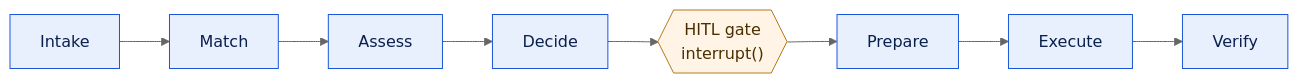
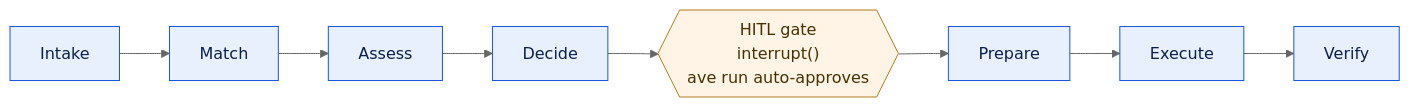
The diagram in docs/architecture.md (luis-barragan-cybersecurity/agentic-vulnops), drawn with Mermaid (neutral theme) before and after one commit. The commit also changed other lines of this file and 1 other file, not shown here.

First line of the commit message:
docs(architecture): match diagrams to this checkout

````diff
--- a/docs/architecture.md
+++ b/docs/architecture.md
@@ -8,6 +9,6 @@
 ```mermaid
 flowchart LR
   classDef phase fill:#e8f0fe,stroke:#1a56db,color:#0b1f4d
   classDef gate fill:#fff4e5,stroke:#b7791f,color:#4a3000
-  IN["Intake"]:::phase --> MA["Match"]:::phase --> AS["Assess"]:::phase --> DE["Decide"]:::phase --> G{{"HITL gate<br/>interrupt()"}}:::gate --> PP["Prepare"]:::phase --> EX["Execute"]:::phase --> VE["Verify"]:::phase
+  IN["Intake"]:::phase --> MA["Match"]:::phase --> AS["Assess"]:::phase --> DE["Decide"]:::phase --> G{{"HITL gate<br/>interrupt()<br/>ave run auto-approves"}}:::gate --> PP["Prepare"]:::phase --> EX["Execute"]:::phase --> VE["Verify"]:::phase
 ```
````
